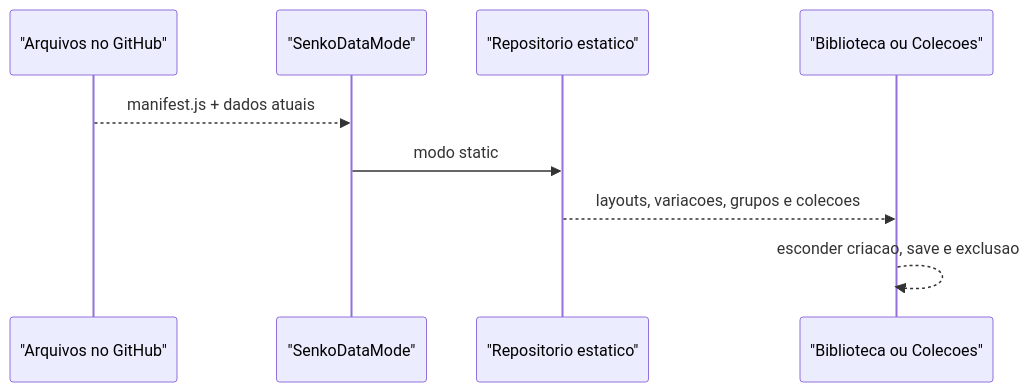
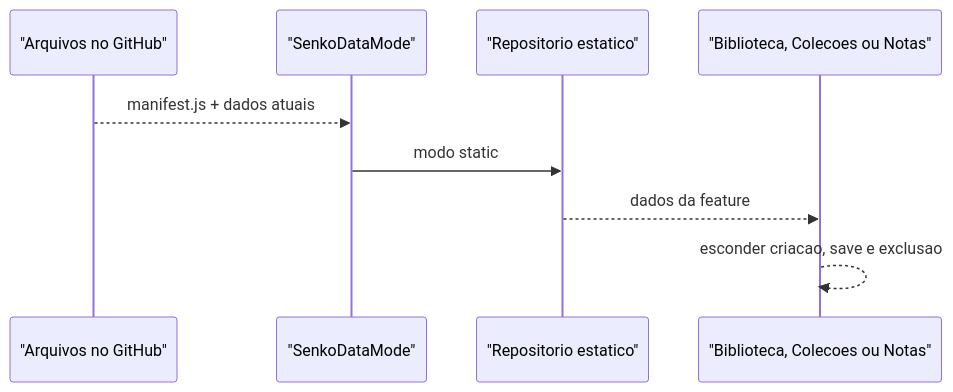
The first of 4 diagrams in docs/firebase/ARCHITECTURE.md (YgorFQ/projetoTestes), drawn with Mermaid before and after one commit. The commit also changed other lines of this file and 17 other files, not shown here.

````diff
--- a/docs/firebase/ARCHITECTURE.md
+++ b/docs/firebase/ARCHITECTURE.md
@@ -161,12 +166,12 @@
 ```mermaid
 sequenceDiagram
     participant GH as "Arquivos no GitHub"
     participant Mode as "SenkoDataMode"
     participant Repo as "Repositorio estatico"
-    participant UI as "Biblioteca ou Colecoes"
+    participant UI as "Biblioteca, Colecoes ou Notas"
 
     GH-->>Mode: manifest.js + dados atuais
     Mode->>Repo: modo static
-    Repo-->>UI: layouts, variacoes, grupos e colecoes
+    Repo-->>UI: dados da feature
     UI-->>UI: esconder criacao, save e exclusao
 ```
````
